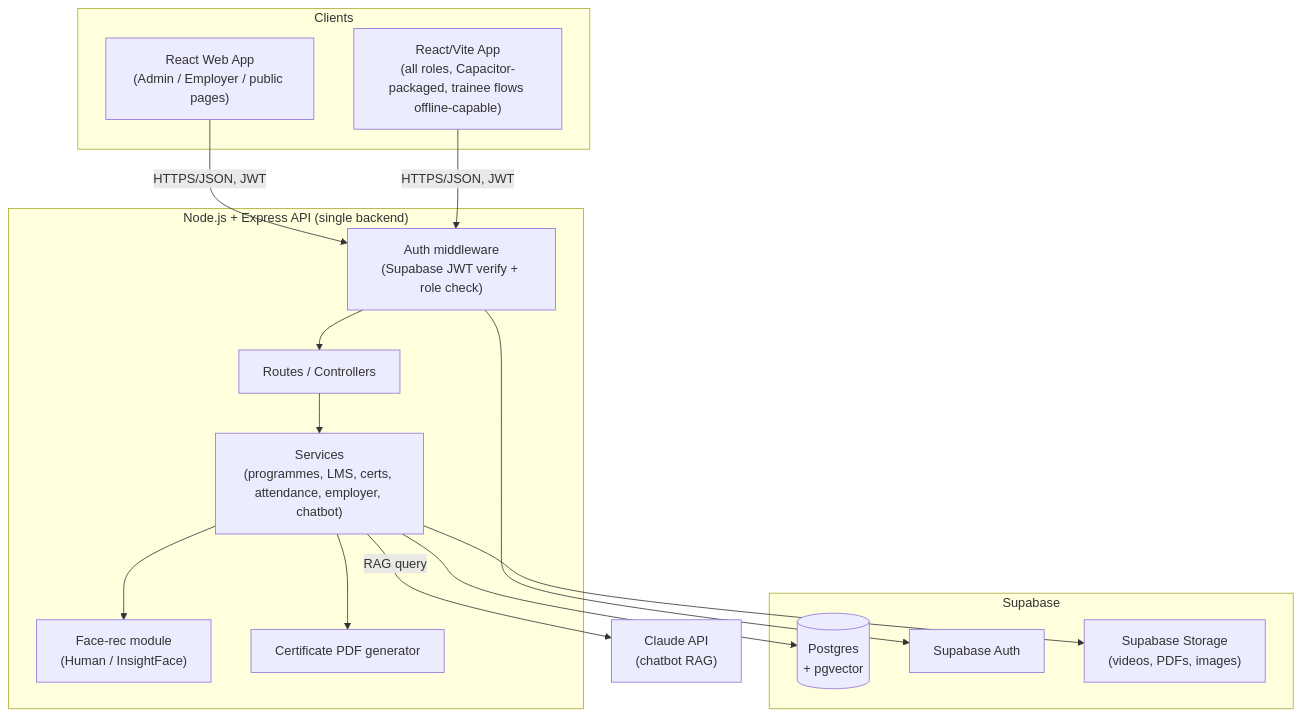
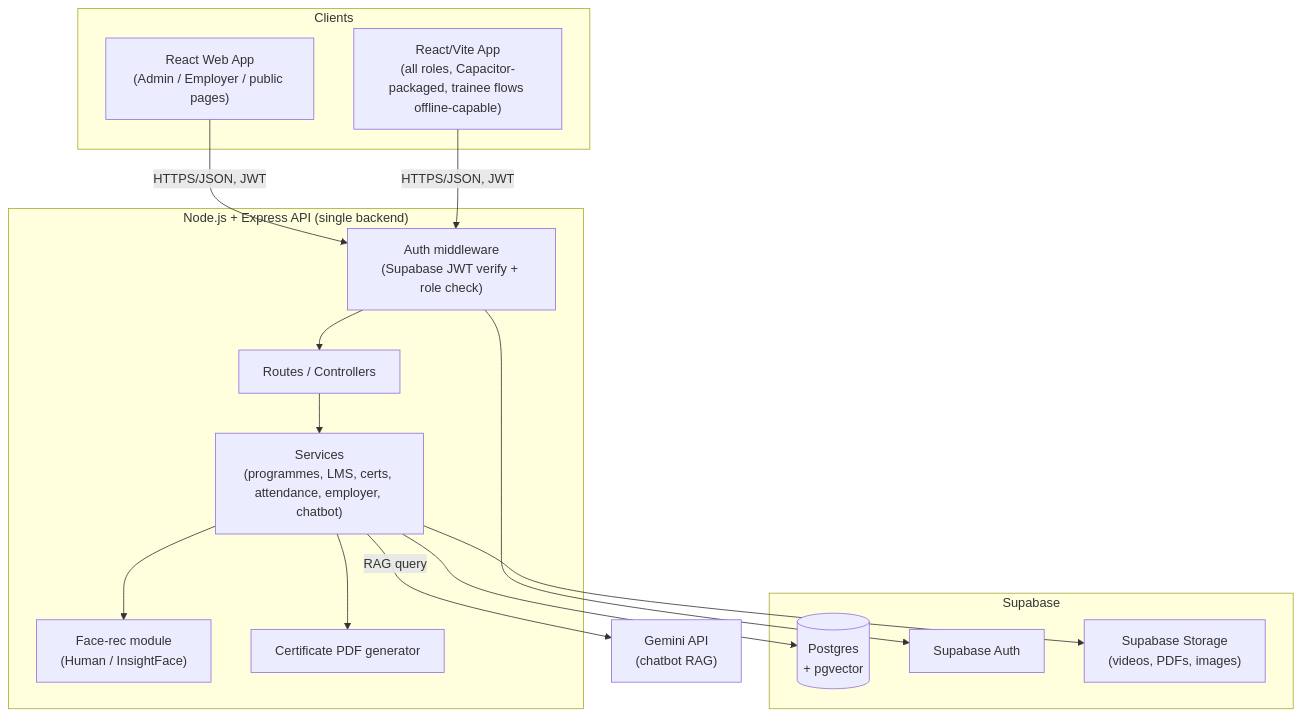
Before and after one commit to ShashankPonna/NCCT-platform: the diagram in docs/ARCHITECTURE.md, drawn with Mermaid. The commit also changed other lines of this file and 12 other files, not shown here.

First line of the commit message:
Switch chatbot answer generation from Claude to Gemini

````diff
--- a/docs/ARCHITECTURE.md
+++ b/docs/ARCHITECTURE.md
@@ -11,33 +11,33 @@
 ```mermaid
 flowchart TB
     subgraph Clients
         Web["React Web App\n(Admin / Employer / public pages)"]
         Mobile["React/Vite App\n(all roles, Capacitor-packaged, trainee flows offline-capable)"]
     end
 
     subgraph Backend["Node.js + Express API (single backend)"]
         Auth["Auth middleware\n(Supabase JWT verify + role check)"]
         Routes["Routes / Controllers"]
         Services["Services\n(programmes, LMS, certs, attendance, employer, chatbot)"]
         FaceRec["Face-rec module\n(Human / InsightFace)"]
         PDF["Certificate PDF generator"]
     end
 
     subgraph Supabase
         PG[("Postgres\n+ pgvector")]
         SAuth["Supabase Auth"]
         Storage["Supabase Storage\n(videos, PDFs, images)"]
     end
 
-    ClaudeAPI["Claude API\n(chatbot RAG)"]
+    ClaudeAPI["Gemini API\n(chatbot RAG)"]
 
     Web -->|HTTPS/JSON, JWT| Auth
     Mobile -->|HTTPS/JSON, JWT| Auth
     Auth --> Routes --> Services
     Services --> FaceRec
     Services --> PDF
     Services --> PG
     Services --> Storage
     Auth --> SAuth
     Services -->|RAG query| ClaudeAPI
 ```
````
